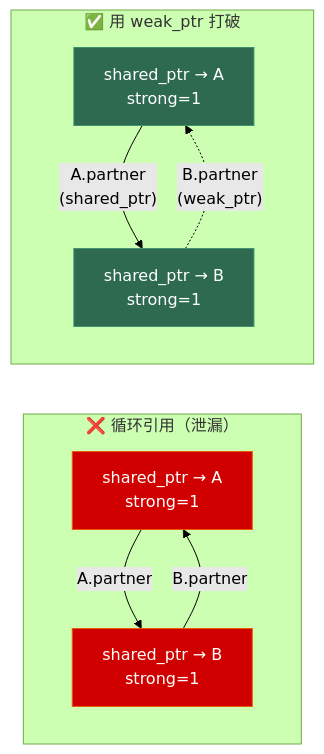
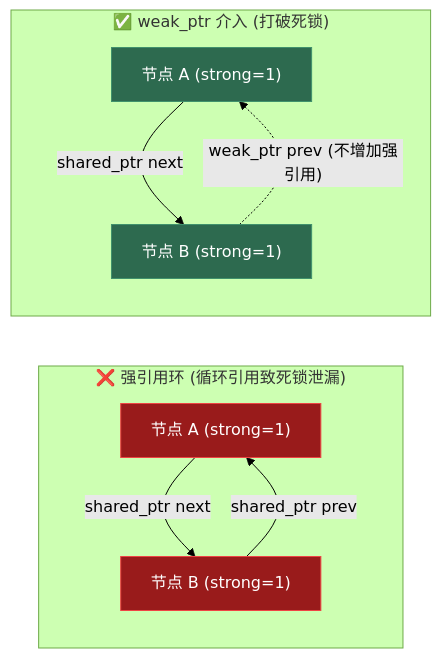
Before and after one commit to Lumivers/firefly: the second of 3 diagrams in src/content/posts/cpp_deep_dive/02_pointers_and_smart_pointers.md, drawn with Mermaid (forest theme). The commit also changed other lines of this file and 18 other files, not shown here.

````diff
--- a/src/content/posts/cpp_deep_dive/02_pointers_and_smart_pointers.md
+++ b/src/content/posts/cpp_deep_dive/02_pointers_and_smart_pointers.md
@@ -178,17 +122,17 @@
 ```mermaid
 graph LR
-    subgraph "❌ 循环引用（泄漏）"
-        A1["shared_ptr → A\nstrong=1"] -->|"A.partner"| B1["shared_ptr → B\nstrong=1"]
-        B1 -->|"B.partner"| A1
+    subgraph "❌ 强引用环 (循环引用致死锁泄漏)"
+        NodeA1["节点 A (strong=1)"] -->|"shared_ptr next"| NodeB1["节点 B (strong=1)"]
+        NodeB1 -->|"shared_ptr prev"| NodeA1
     end
 
-    subgraph "✅ 用 weak_ptr 打破"
-        A2["shared_ptr → A\nstrong=1"] -->|"A.partner\n(shared_ptr)"| B2["shared_ptr → B\nstrong=1"]
-        B2 -.->|"B.partner\n(weak_ptr)"| A2
+    subgraph "✅ weak_ptr 介入 (打破死锁)"
+        NodeA2["节点 A (strong=1)"] -->|"shared_ptr next"| NodeB2["节点 B (strong=1)"]
+        NodeB2 -.->|"weak_ptr prev (不增加强引用)"| NodeA2
     end
 
-    style A1 fill:#d00000,stroke:#e85d04,color:white
-    style B1 fill:#d00000,stroke:#e85d04,color:white
-    style A2 fill:#2d6a4f,stroke:#40916c,color:white
-    style B2 fill:#2d6a4f,stroke:#40916c,color:white
+    style NodeA1 fill:#991b1b,stroke:#ef4444,color:white
+    style NodeB1 fill:#991b1b,stroke:#ef4444,color:white
+    style NodeA2 fill:#2d6a4f,stroke:#40916c,color:white
+    style NodeB2 fill:#2d6a4f,stroke:#40916c,color:white
 ```
````
